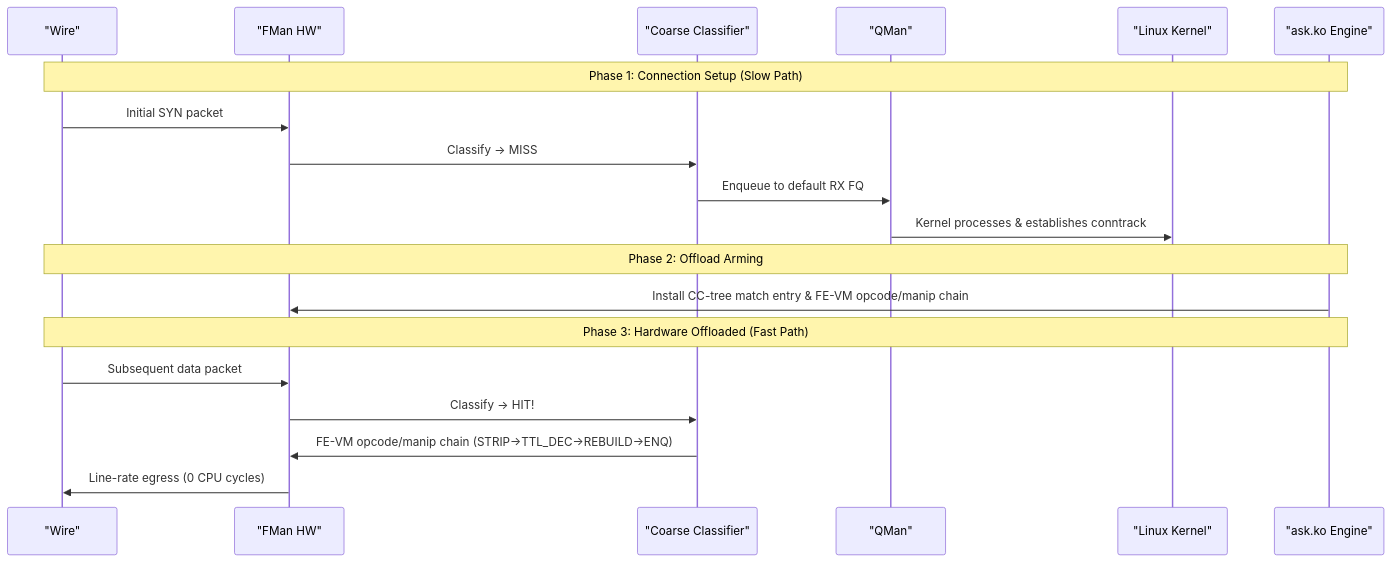
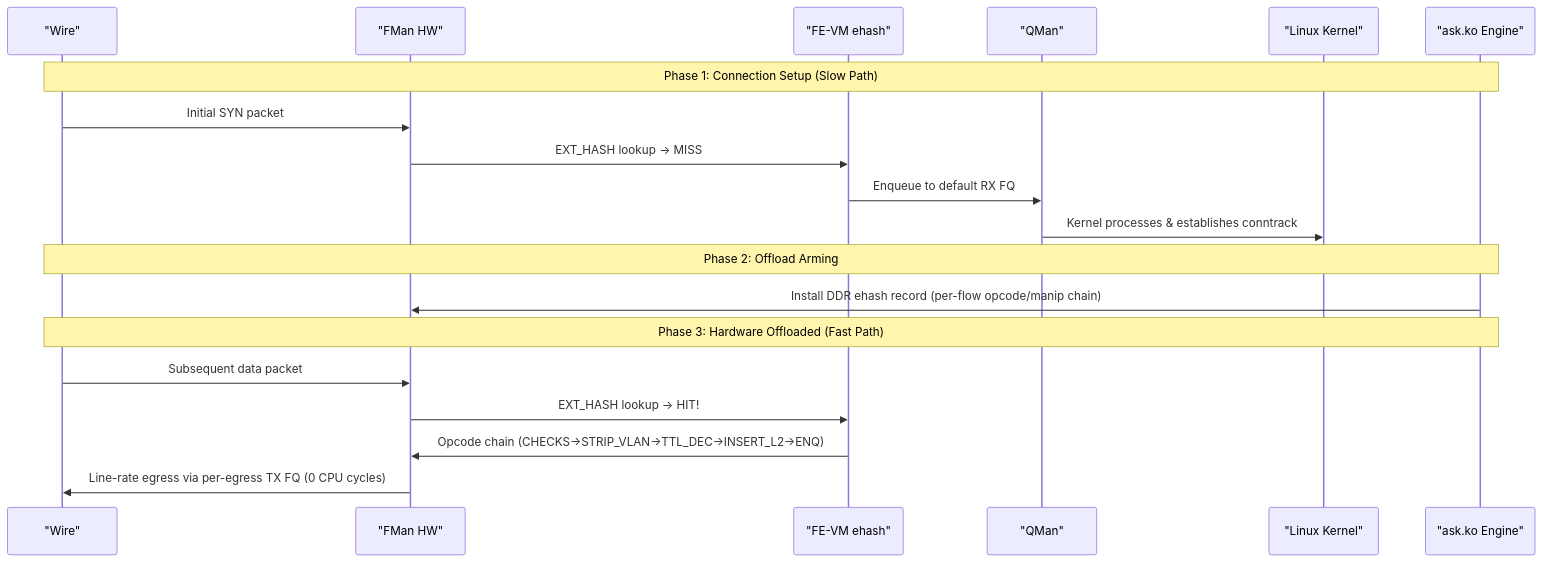
The fourth of 4 diagrams in plans/NETWORKING-DEEP-DIVE.md (mihakralj/vyos-ls1046a-build), drawn with Mermaid before and after one commit. The commit also changed other lines of this file and 58 other files, not shown here.

````diff
--- a/plans/NETWORKING-DEEP-DIVE.md
+++ b/plans/NETWORKING-DEEP-DIVE.md
@@ -225,24 +239,24 @@
 ```mermaid
 sequenceDiagram
     participant Wire as "Wire"
     participant FMan as "FMan HW"
-    participant CC as "Coarse Classifier"
+    participant CC as "FE-VM ehash"
     participant QMan as "QMan"
     participant Kernel as "Linux Kernel"
     participant ASK as "ask.ko Engine"
 
     Note over Wire,ASK: Phase 1: Connection Setup (Slow Path)
     Wire->>FMan: Initial SYN packet
-    FMan->>CC: Classify → MISS
+    FMan->>CC: EXT_HASH lookup → MISS
     CC->>QMan: Enqueue to default RX FQ
     QMan->>Kernel: Kernel processes & establishes conntrack
 
     Note over Wire,ASK: Phase 2: Offload Arming
-    ASK->>FMan: Install CC-tree match entry & FE-VM opcode/manip chain
+    ASK->>FMan: Install DDR ehash record (per-flow opcode/manip chain)
 
     Note over Wire,ASK: Phase 3: Hardware Offloaded (Fast Path)
     Wire->>FMan: Subsequent data packet
-    FMan->>CC: Classify → HIT!
-    CC->>FMan: FE-VM opcode/manip chain (STRIP→TTL_DEC→REBUILD→ENQ)
-    FMan->>Wire: Line-rate egress (0 CPU cycles)
+    FMan->>CC: EXT_HASH lookup → HIT!
+    CC->>FMan: Opcode chain (CHECKS→STRIP_VLAN→TTL_DEC→INSERT_L2→ENQ)
+    FMan->>Wire: Line-rate egress via per-egress TX FQ (0 CPU cycles)
 ```
````
